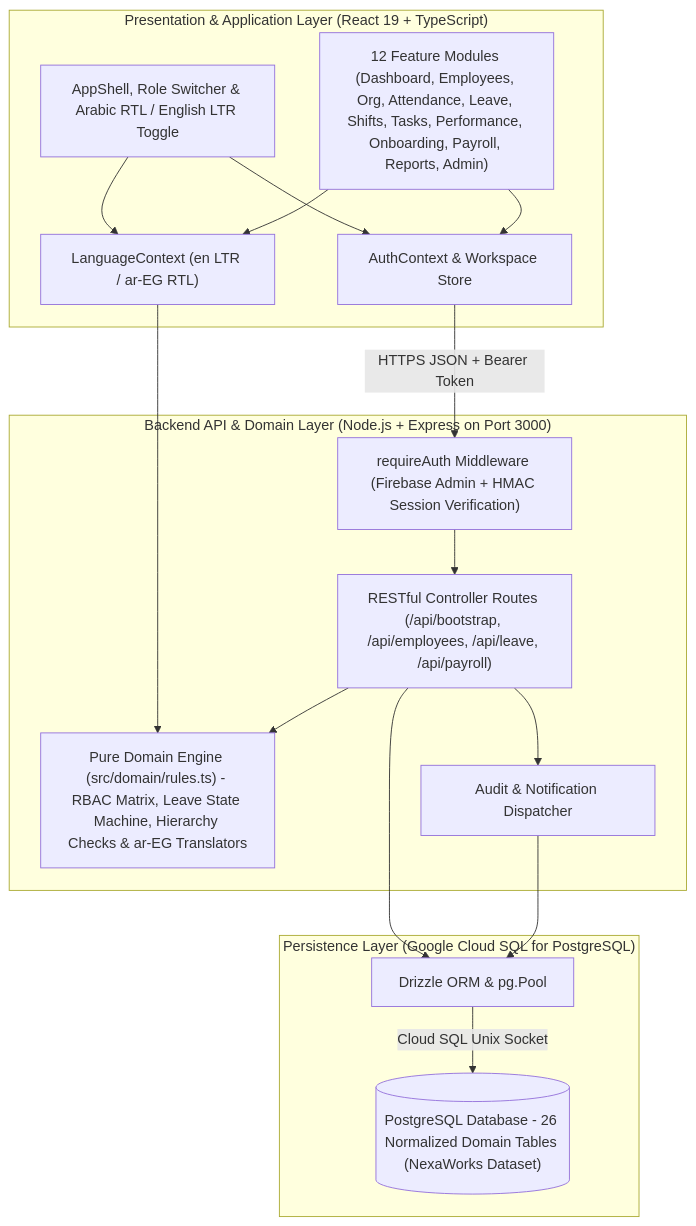
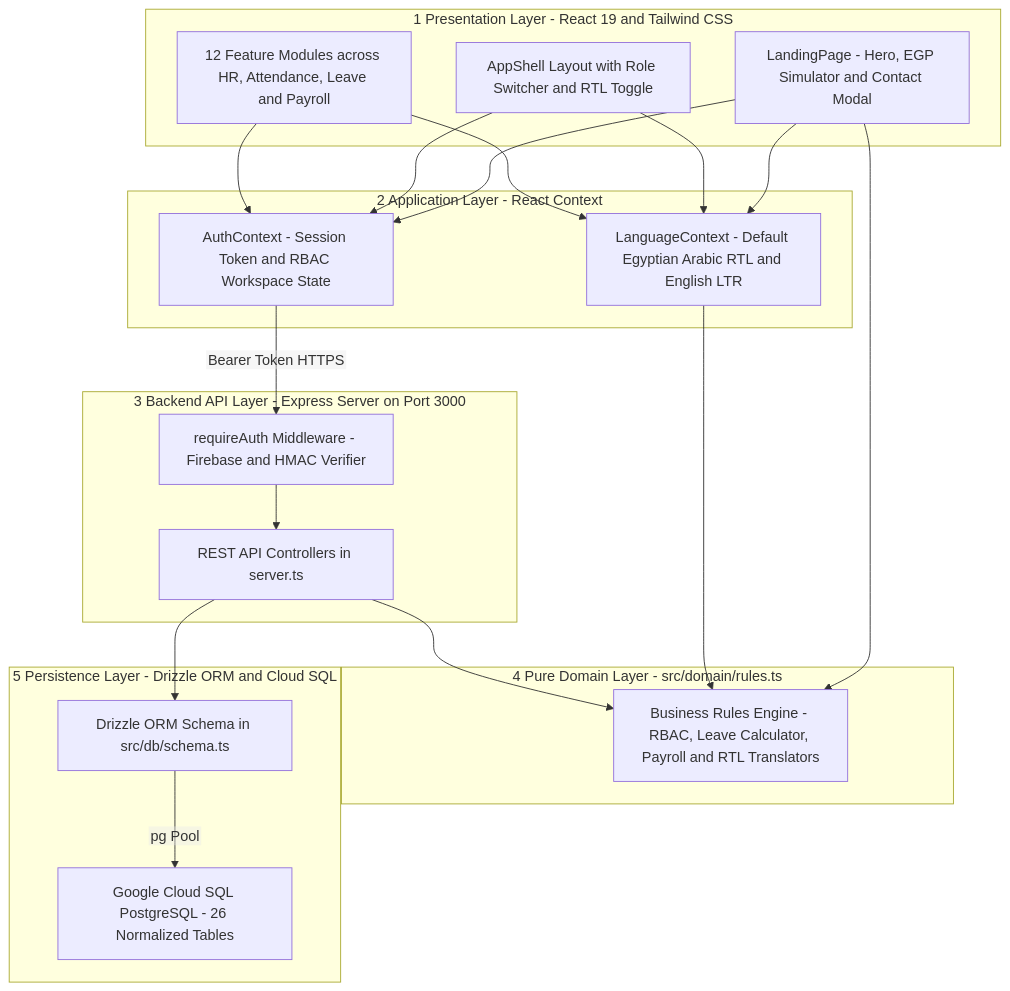
The diagram in docs/uml/component-architecture.mmd (IbrahimAbdelsattar/employee-management-system), drawn with Mermaid before and after one commit. The commit also changed 45 other files, not shown here.

```diff
--- a/docs/uml/component-architecture.mmd
+++ b/docs/uml/component-architecture.mmd
@@ -1,32 +1,35 @@
+%%{init: {'flowchart': {'htmlLabels': false}} }%%
 flowchart TB
-    subgraph Client["Presentation & Application Layer (React 19 + TypeScript)"]
-        UI_Shell["AppShell, Role Switcher & Arabic RTL / English LTR Toggle"]
-        UI_Pages["12 Feature Modules (Dashboard, Employees, Org, Attendance, Leave, Shifts, Tasks, Performance, Onboarding, Payroll, Reports, Admin)"]
-        AuthCtx["AuthContext & Workspace Store"]
-        LangCtx["LanguageContext (en LTR / ar-EG RTL)"]
+    subgraph Layer1["1 Presentation Layer - React 19 and Tailwind CSS"]
+        Landing["LandingPage - Hero, EGP Simulator and Contact Modal"]
+        AppShell["AppShell Layout with Role Switcher and RTL Toggle"]
+        FeaturePages["12 Feature Modules across HR, Attendance, Leave and Payroll"]
     end
-
-    subgraph Server["Backend API & Domain Layer (Node.js + Express on Port 3000)"]
-        AuthMW["requireAuth Middleware (Firebase Admin + HMAC Session Verification)"]
-        API_Routes["RESTful Controller Routes (/api/bootstrap, /api/employees, /api/leave, /api/payroll)"]
-        DomainRules["Pure Domain Engine (src/domain/rules.ts) - RBAC Matrix, Leave State Machine, Hierarchy Checks & ar-EG Translators"]
-        AuditSvc["Audit & Notification Dispatcher"]
+    subgraph Layer2["2 Application Layer - React Context"]
+        AuthCtx["AuthContext - Session Token and RBAC Workspace State"]
+        LangCtx["LanguageContext - Default Egyptian Arabic RTL and English LTR"]
     end
-
-    subgraph Persistence["Persistence Layer (Google Cloud SQL for PostgreSQL)"]
-        Drizzle["Drizzle ORM & pg.Pool"]
-        PG[("PostgreSQL Database - 26 Normalized Domain Tables (NexaWorks Dataset)")]
+    subgraph Layer3["3 Backend API Layer - Express Server on Port 3000"]
+        AuthMW["requireAuth Middleware - Firebase and HMAC Verifier"]
+        Controllers["REST API Controllers in server.ts"]
     end
-
-    UI_Shell --> AuthCtx
-    UI_Shell --> LangCtx
-    UI_Pages --> AuthCtx
-    UI_Pages --> LangCtx
+    subgraph Layer4["4 Pure Domain Layer - src/domain/rules.ts"]
+        DomainRules["Business Rules Engine - RBAC, Leave Calculator, Payroll and RTL Translators"]
+    end
+    subgraph Layer5["5 Persistence Layer - Drizzle ORM and Cloud SQL"]
+        Drizzle["Drizzle ORM Schema in src/db/schema.ts"]
+        CloudSQL["Google Cloud SQL PostgreSQL - 26 Normalized Tables"]
+    end
+    Landing --> AuthCtx
+    Landing --> LangCtx
+    Landing --> DomainRules
+    AppShell --> AuthCtx
+    AppShell --> LangCtx
+    FeaturePages --> AuthCtx
+    FeaturePages --> LangCtx
     LangCtx --> DomainRules
-    AuthCtx -- "HTTPS JSON + Bearer Token" --> AuthMW
-    AuthMW --> API_Routes
-    API_Routes --> DomainRules
-    API_Routes --> AuditSvc
-    API_Routes --> Drizzle
-    AuditSvc --> Drizzle
-    Drizzle -- "Cloud SQL Unix Socket" --> PG
+    AuthCtx -->|Bearer Token HTTPS| AuthMW
+    AuthMW --> Controllers
+    Controllers --> DomainRules
+    Controllers --> Drizzle
+    Drizzle -->|pg Pool| CloudSQL
```
